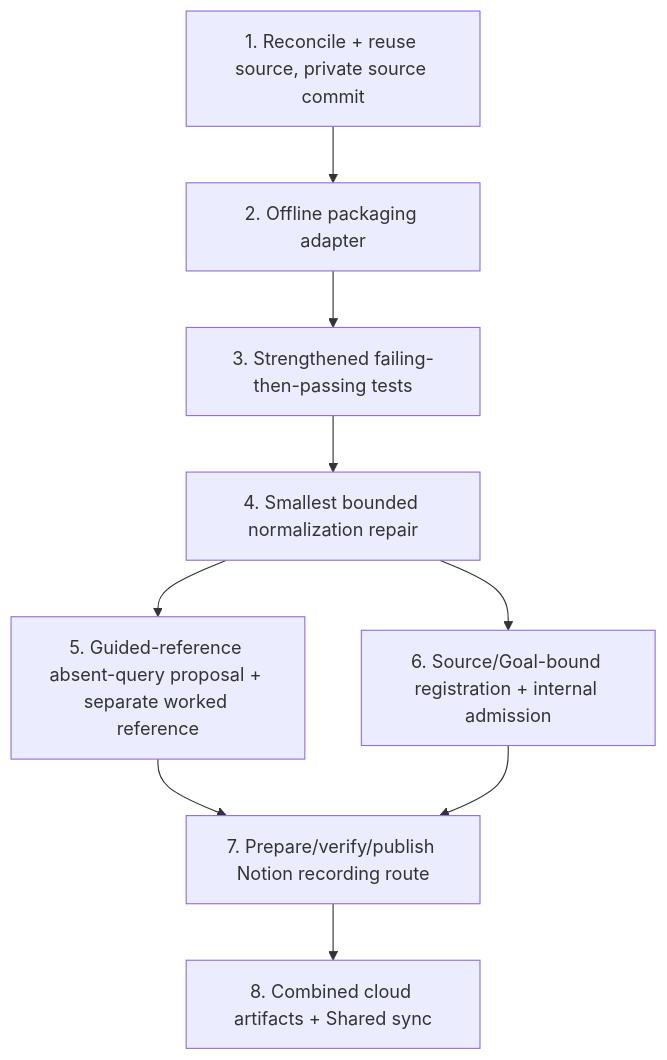
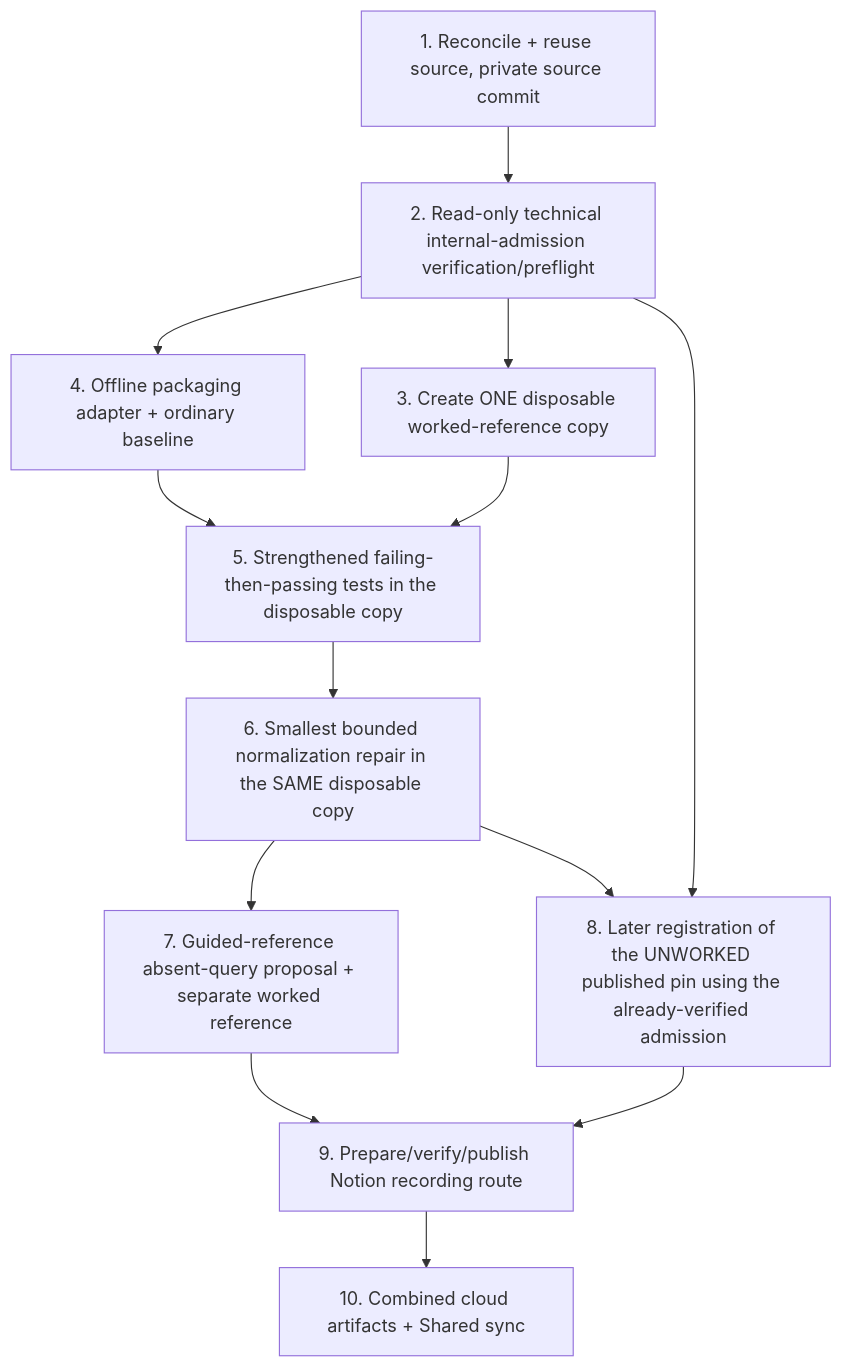
The diagram in specs/odin-bootcamp/lambda-handler-api-gateway-event-shape-regression-local-tests/tasks.md (KyPython/ai-governance), drawn with Mermaid before and after one commit. The commit also changed other lines of this file and 37 other files, not shown here.

Commit message:
docs(worlds): resolve source-bound spec review findings

````diff
--- a/specs/odin-bootcamp/lambda-handler-api-gateway-event-shape-regression-local-tests/tasks.md
+++ b/specs/odin-bootcamp/lambda-handler-api-gateway-event-shape-regression-local-tests/tasks.md
@@ -9,11 +9,15 @@
 ```mermaid
 graph TD
-  T1[1. Reconcile + reuse source, private source commit] --> T2[2. Offline packaging adapter]
-  T2 --> T3[3. Strengthened failing-then-passing tests]
-  T3 --> T4[4. Smallest bounded normalization repair]
-  T4 --> T5[5. Guided-reference absent-query proposal + separate worked reference]
-  T4 --> T6[6. Source/Goal-bound registration + internal admission]
-  T5 --> T7[7. Prepare/verify/publish Notion recording route]
-  T6 --> T7
-  T7 --> T8[8. Combined cloud artifacts + Shared sync]
+  T1[1. Reconcile + reuse source, private source commit] --> T2[2. Read-only technical internal-admission verification/preflight]
+  T2 --> T4[4. Offline packaging adapter + ordinary baseline]
+  T2 --> T3[3. Create ONE disposable worked-reference copy]
+  T4 --> T5[5. Strengthened failing-then-passing tests in the disposable copy]
+  T3 --> T5
+  T5 --> T6[6. Smallest bounded normalization repair in the SAME disposable copy]
+  T6 --> T7[7. Guided-reference absent-query proposal + separate worked reference]
+  T2 --> T8[8. Later registration of the UNWORKED published pin using the already-verified admission]
+  T6 --> T8
+  T7 --> T9[9. Prepare/verify/publish Notion recording route]
+  T8 --> T9
+  T9 --> T10[10. Combined cloud artifacts + Shared sync]
 ```
````
